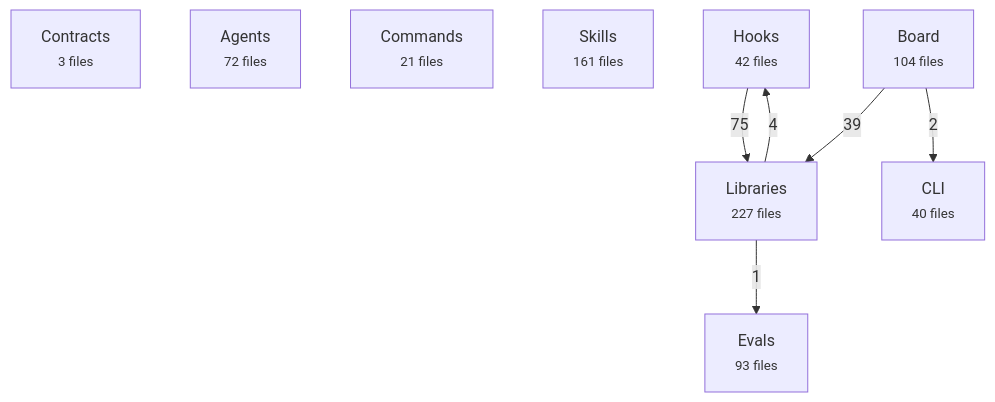
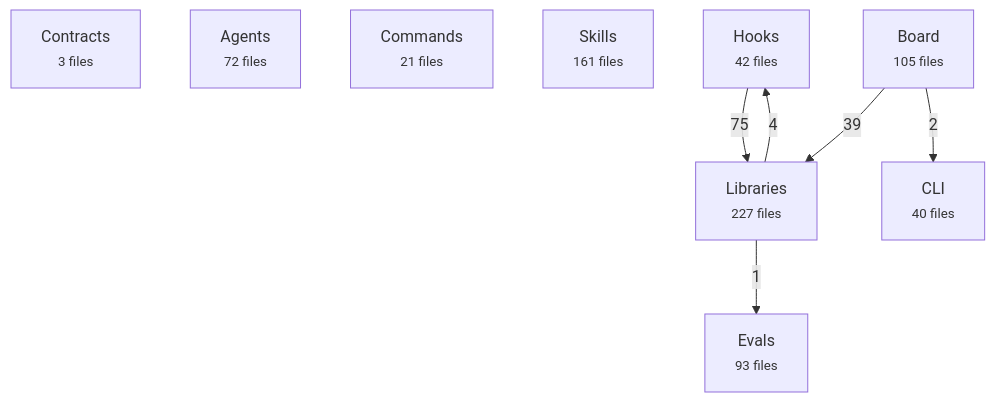
Before and after one commit to avelikiy/great_cto: the first of 2 diagrams in docs/reference/architecture-map.md, drawn with Mermaid. The commit also changed other lines of this file, not shown here.

Commit message:
docs(board): synchronize read worker architecture reference

````diff
--- a/docs/reference/architecture-map.md
+++ b/docs/reference/architecture-map.md
@@ -20,17 +20,17 @@
 ```mermaid
 flowchart TD
   contracts["Contracts<br/><small>3 files</small>"]
   agents["Agents<br/><small>72 files</small>"]
   commands["Commands<br/><small>21 files</small>"]
   skills["Skills<br/><small>161 files</small>"]
   hooks["Hooks<br/><small>42 files</small>"]
   libs["Libraries<br/><small>227 files</small>"]
-  board["Board<br/><small>104 files</small>"]
+  board["Board<br/><small>105 files</small>"]
   cli["CLI<br/><small>40 files</small>"]
   evals["Evals<br/><small>93 files</small>"]
   hooks -->|75| libs
   board -->|39| libs
   libs -->|4| hooks
   board -->|2| cli
   libs -->|1| evals
 ```
````
